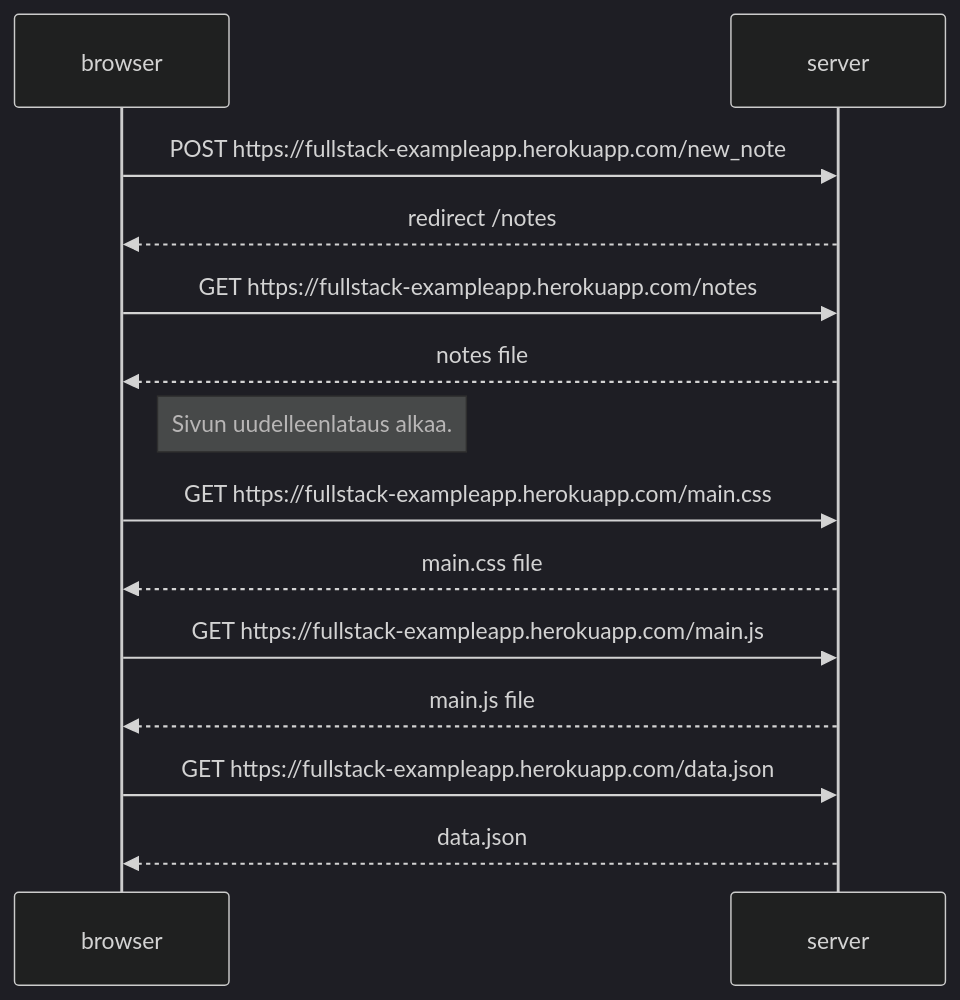
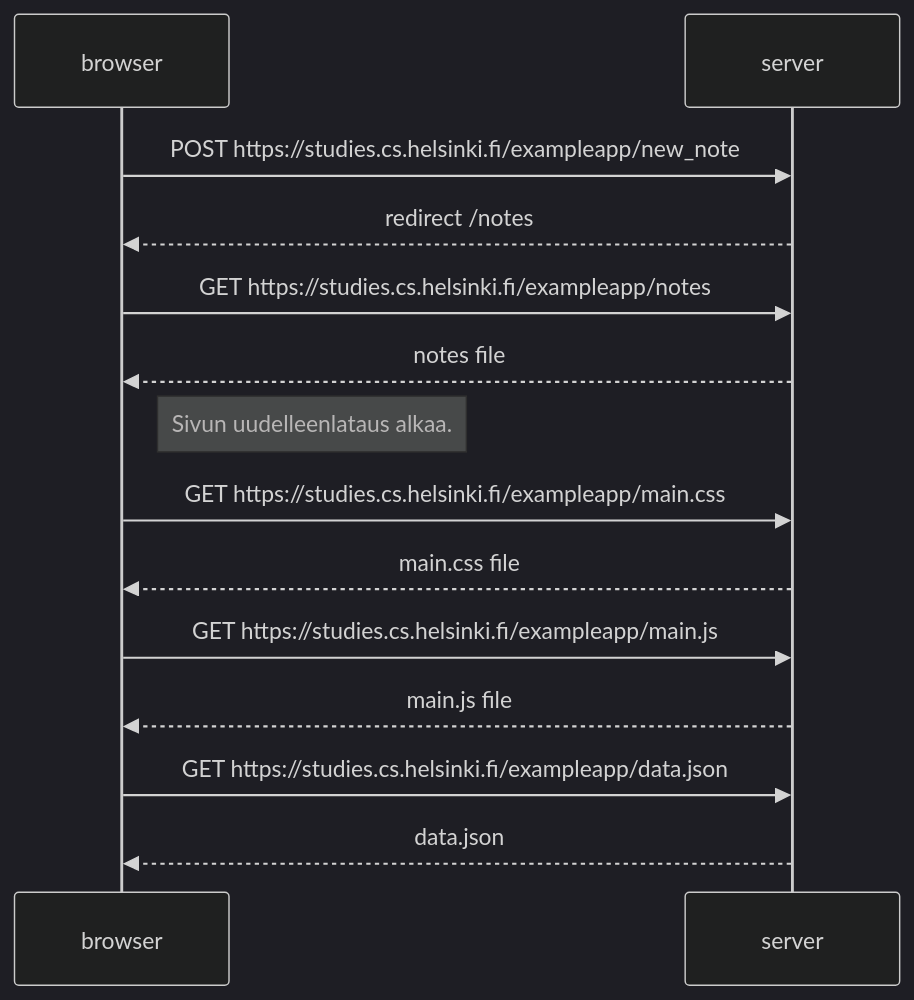
One commit to githubwelho/fullstack-osa0 changed the diagram in 0.4:-uusi-muistiinpano.md. Above: the diagram before and after it, drawn with Mermaid (dark theme).

Commit message:
Update 0.4: uusi muistiinpano.md

````diff
--- a/0.4:-uusi-muistiinpano.md
+++ b/0.4:-uusi-muistiinpano.md
@@ -1,20 +1,20 @@
 ```mermaid
     sequenceDiagram
     participant browser
     participant server
 
-    browser->>server: POST https://fullstack-exampleapp.herokuapp.com/new_note
+    browser->>server: POST https://studies.cs.helsinki.fi/exampleapp/new_note
     server-->>browser: redirect /notes
-    browser->>server: GET https://fullstack-exampleapp.herokuapp.com/notes
+    browser->>server: GET https://studies.cs.helsinki.fi/exampleapp/notes
     server-->>browser: notes file
 
     Note right of browser: Sivun uudelleenlataus alkaa.
 
-    browser->>server: GET https://fullstack-exampleapp.herokuapp.com/main.css
+    browser->>server: GET https://studies.cs.helsinki.fi/exampleapp/main.css
     server-->>browser: main.css file
-    browser->>server: GET https://fullstack-exampleapp.herokuapp.com/main.js
+    browser->>server: GET https://studies.cs.helsinki.fi/exampleapp/main.js
     server-->>browser: main.js file
-    browser->>server: GET https://fullstack-exampleapp.herokuapp.com/data.json
+    browser->>server: GET https://studies.cs.helsinki.fi/exampleapp/data.json
     server-->>browser: data.json
 
 ```
````
